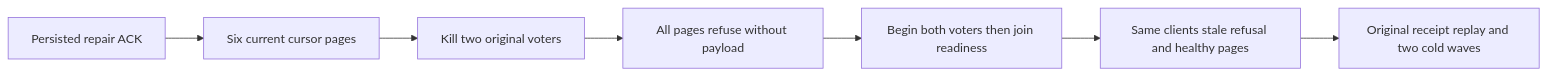
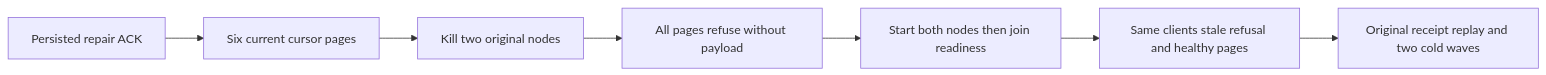
One commit to managedcode/KeyLoad changed the diagram in docs/Features/Authorization/CursorAuthorityUnavailable.md. Above: the diagram before and after it, drawn with Mermaid. The commit also changed other lines of this file and 7356 other files, not shown here.

````diff
--- a/docs/Features/Authorization/CursorAuthorityUnavailable.md
+++ b/docs/Features/Authorization/CursorAuthorityUnavailable.md
@@ -9,9 +9,9 @@
 ```mermaid
 flowchart LR
  A[Persisted repair ACK] --> B[Six current cursor pages]
- B --> C[Kill two original voters]
+ B --> C[Kill two original nodes]
  C --> D[All pages refuse without payload]
- D --> E[Begin both voters then join readiness]
+ D --> E[Start both nodes then join readiness]
  E --> F[Same clients stale refusal and healthy pages]
  F --> G[Original receipt replay and two cold waves]
 ```
````
